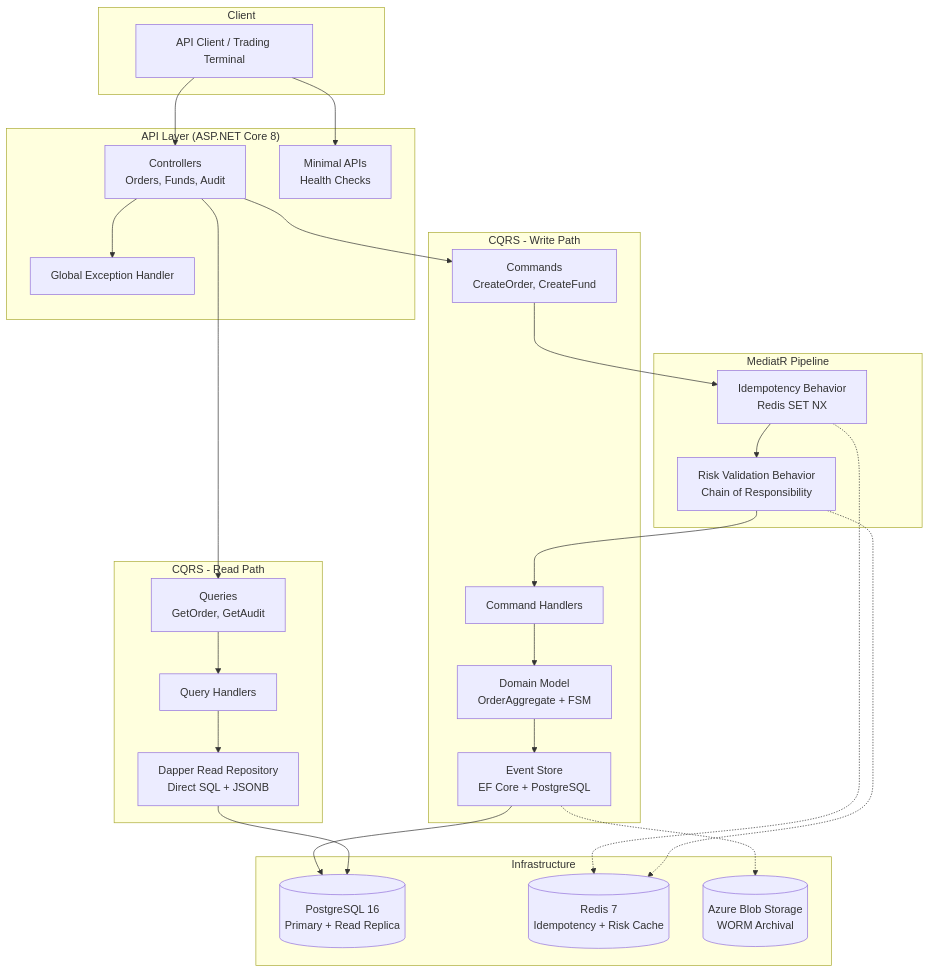
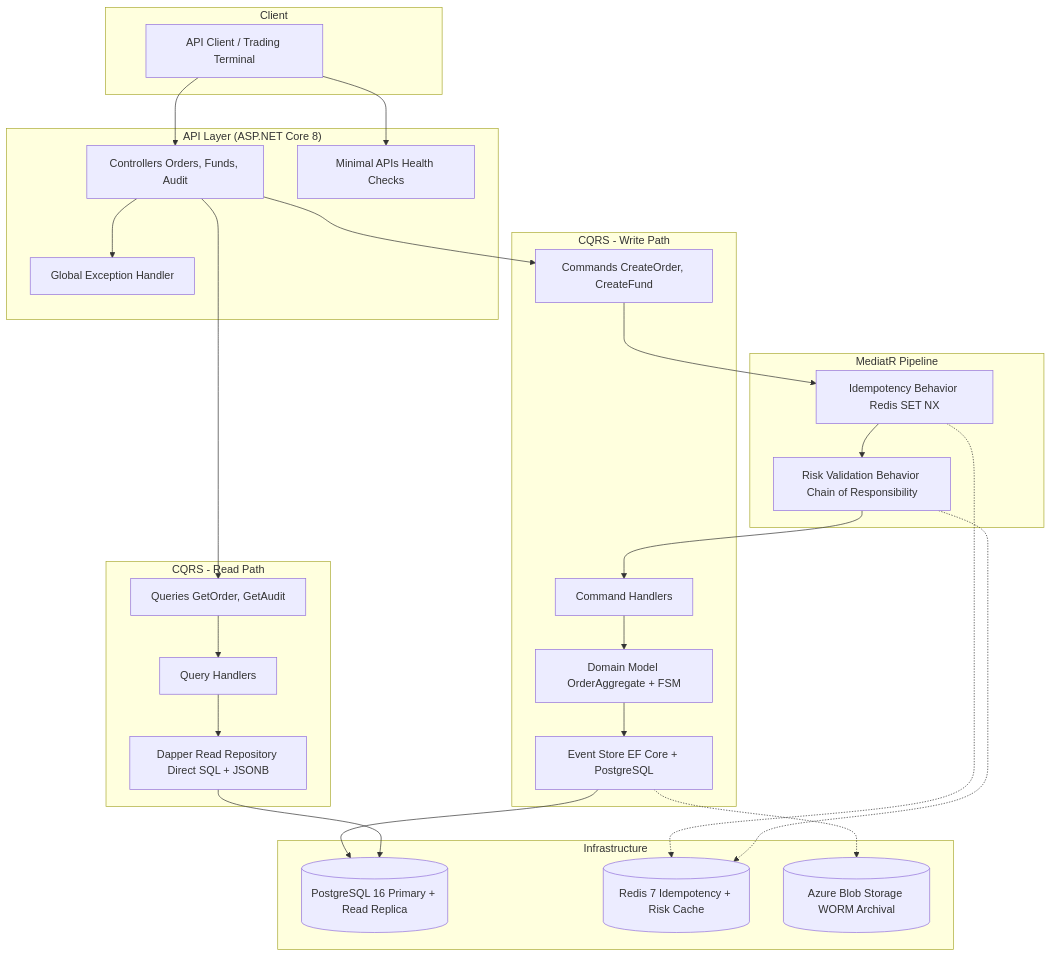
The first of 12 diagrams in README.md (DynamicKarabo/equilink), drawn with Mermaid before and after one commit. The commit also changed other lines of this file, not shown here.

Commit message:
Replace br tags with spaces in Mermaid diagrams for GitHub compatibility

````diff
--- a/README.md
+++ b/README.md
@@ -43,54 +43,54 @@
 ```mermaid
 graph TB
     subgraph Client
         API_Client[API Client / Trading Terminal]
     end
 
     subgraph "API Layer (ASP.NET Core 8)"
-        Controllers[Controllers<br/>Orders, Funds, Audit]
-        MinimalAPIs[Minimal APIs<br/>Health Checks]
+        Controllers[Controllers Orders, Funds, Audit]
+        MinimalAPIs[Minimal APIs Health Checks]
         Middleware[Global Exception Handler]
     end
 
     subgraph "MediatR Pipeline"
-        Idempotency[Idempotency Behavior<br/>Redis SET NX]
-        RiskValidation[Risk Validation Behavior<br/>Chain of Responsibility]
+        Idempotency[Idempotency Behavior Redis SET NX]
+        RiskValidation[Risk Validation Behavior Chain of Responsibility]
     end
 
     subgraph "CQRS - Write Path"
-        Commands[Commands<br/>CreateOrder, CreateFund]
+        Commands[Commands CreateOrder, CreateFund]
         Handlers[Command Handlers]
-        Domain[Domain Model<br/>OrderAggregate + FSM]
-        EventStore[Event Store<br/>EF Core + PostgreSQL]
+        Domain[Domain Model OrderAggregate + FSM]
+        EventStore[Event Store EF Core + PostgreSQL]
     end
 
     subgraph "CQRS - Read Path"
-        Queries[Queries<br/>GetOrder, GetAudit]
+        Queries[Queries GetOrder, GetAudit]
         ReadHandlers[Query Handlers]
-        Dapper[Dapper Read Repository<br/>Direct SQL + JSONB]
+        Dapper[Dapper Read Repository Direct SQL + JSONB]
     end
 
     subgraph "Infrastructure"
-        PostgreSQL[(PostgreSQL 16<br/>Primary + Read Replica)]
-        Redis[(Redis 7<br/>Idempotency + Risk Cache)]
-        AzureBlob[(Azure Blob Storage<br/>WORM Archival)]
+        PostgreSQL[(PostgreSQL 16 Primary + Read Replica)]
+        Redis[(Redis 7 Idempotency + Risk Cache)]
+        AzureBlob[(Azure Blob Storage WORM Archival)]
     end
 
     API_Client --> Controllers
     API_Client --> MinimalAPIs
     Controllers --> Middleware
     Controllers --> Commands
     Controllers --> Queries
     Commands --> Idempotency
     Idempotency --> RiskValidation
     RiskValidation --> Handlers
     Handlers --> Domain
     Domain --> EventStore
     EventStore --> PostgreSQL
     Queries --> ReadHandlers
     ReadHandlers --> Dapper
     Dapper --> PostgreSQL
     Idempotency -.-> Redis
     RiskValidation -.-> Redis
     EventStore -.-> AzureBlob
 ```
````
